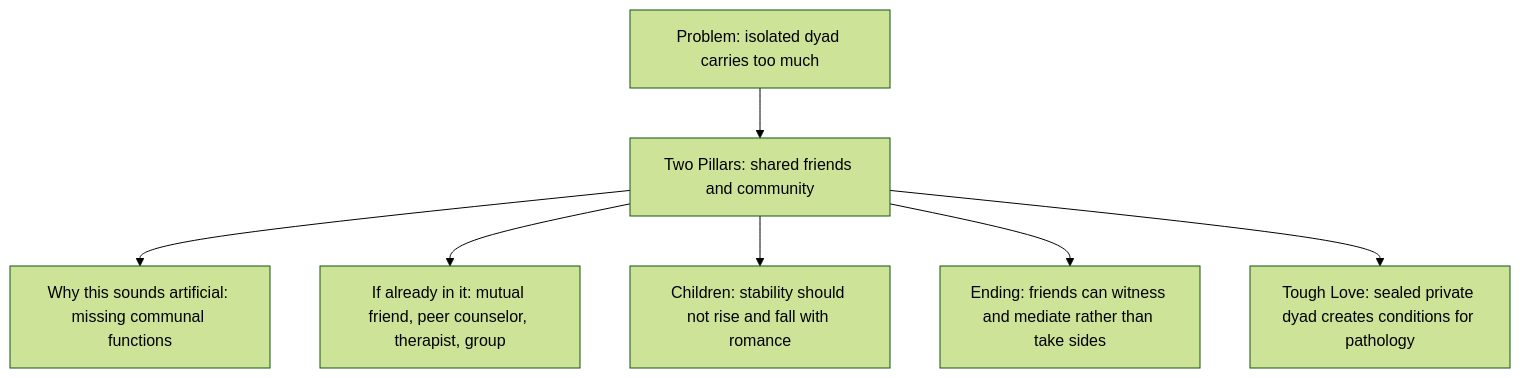
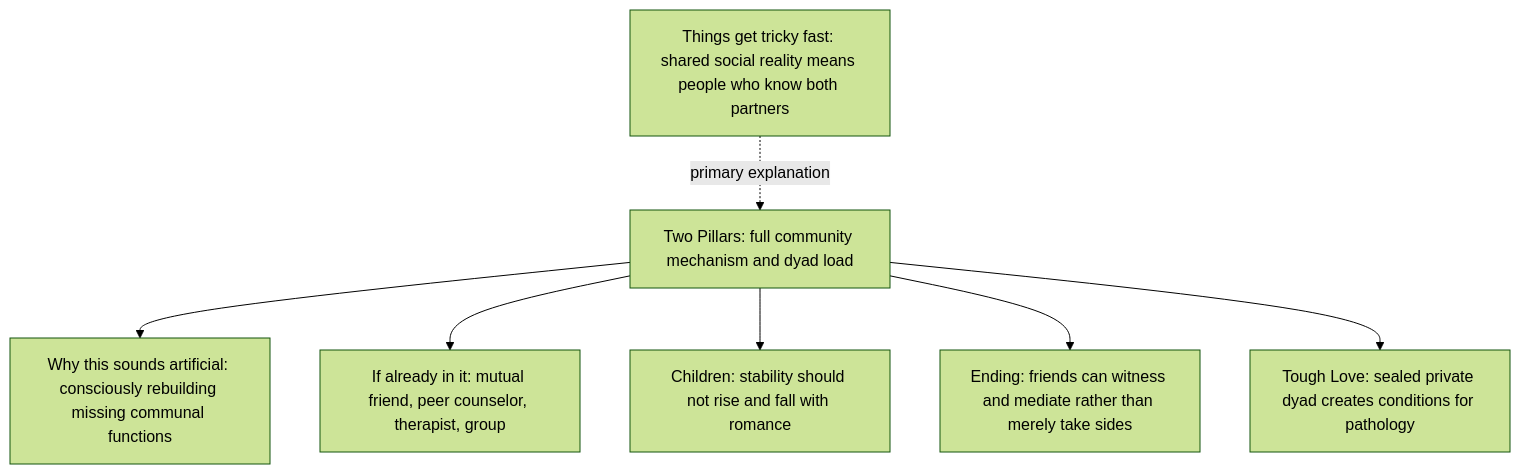
The eighth of 9 diagrams in work/romance-current-assembly/ARCHITECTURE.md (u-dont-existDOTcom/pangram-humanization-lab), drawn with Mermaid (forest theme) before and after one commit. The commit also changed other lines of this file, not shown here.

Commit message:
architecture: synchronize Romance concept-flow map

````diff
--- a/work/romance-current-assembly/ARCHITECTURE.md
+++ b/work/romance-current-assembly/ARCHITECTURE.md
@@ -54,17 +130,17 @@
 ```mermaid
 flowchart TD
-    dyad["Problem: isolated dyad carries too much"]
-    pillars["Two Pillars: shared friends and community"]
-    conscious["Why this sounds artificial: missing communal functions"]
+    communitySeed["Things get tricky fast: shared social reality means people who know both partners"]
+    pillars["Two Pillars: full community mechanism and dyad load"]
+    conscious["Why this sounds artificial: consciously rebuilding missing communal functions"]
     already["If already in it: mutual friend, peer counselor, therapist, group"]
     children["Children: stability should not rise and fall with romance"]
-    ending["Ending: friends can witness and mediate rather than take sides"]
+    ending["Ending: friends can witness and mediate rather than merely take sides"]
     tough["Tough Love: sealed private dyad creates conditions for pathology"]
 
-    dyad --> pillars
+    communitySeed -. "primary explanation" .-> pillars
     pillars --> conscious
     pillars --> already
     pillars --> children
     pillars --> ending
     pillars --> tough
 ```
````
